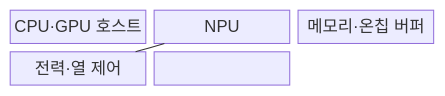
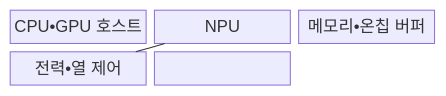
Before and after one commit to agnusdei1207/knowledge-base: the first of 2 diagrams in src/content/docs/notes/02-hardware/084_soc_on_device_ai_chip.md, drawn with Mermaid. The commit also changed other lines of this file and 953 other files, not shown here.

````diff
--- a/src/content/docs/notes/02-hardware/084_soc_on_device_ai_chip.md
+++ b/src/content/docs/notes/02-hardware/084_soc_on_device_ai_chip.md
@@ -64,10 +64,10 @@
 ```mermaid
 block
   columns 3
-  A["CPU·GPU 호스트"]
+  A["CPU•GPU 호스트"]
   B["NPU"]
-  C["메모리·온칩 버퍼"]
-  D["전력·열 제어"]
+  C["메모리•온칩 버퍼"]
+  D["전력•열 제어"]
   A --- C --- B
   B --- D
 ```
````
